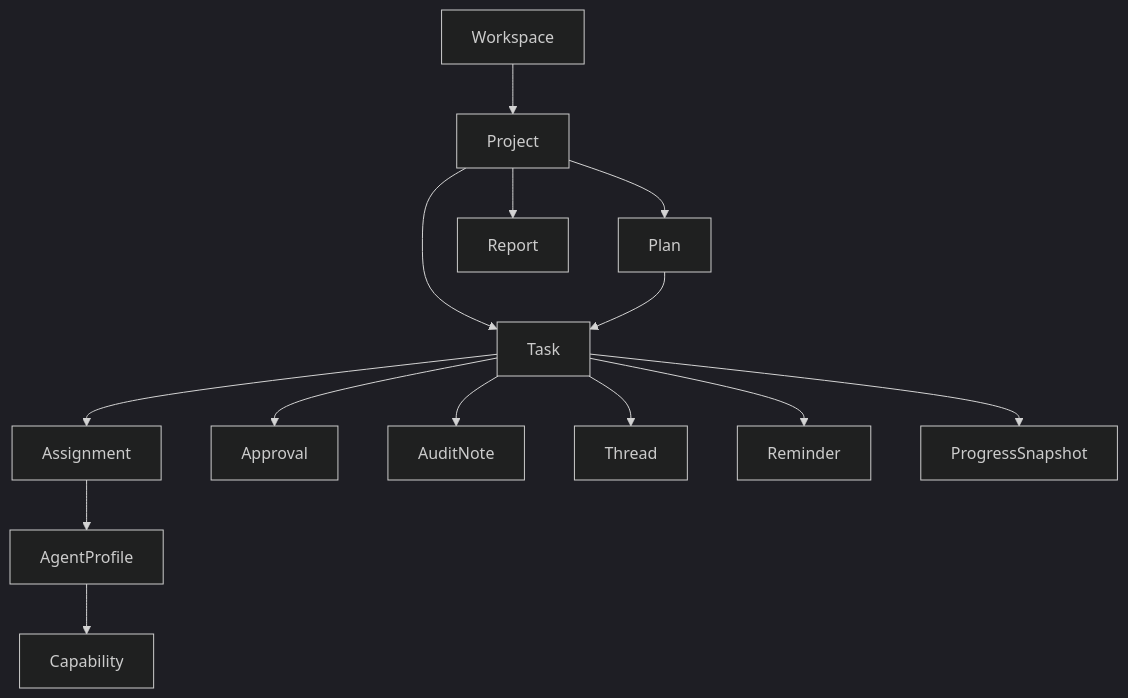
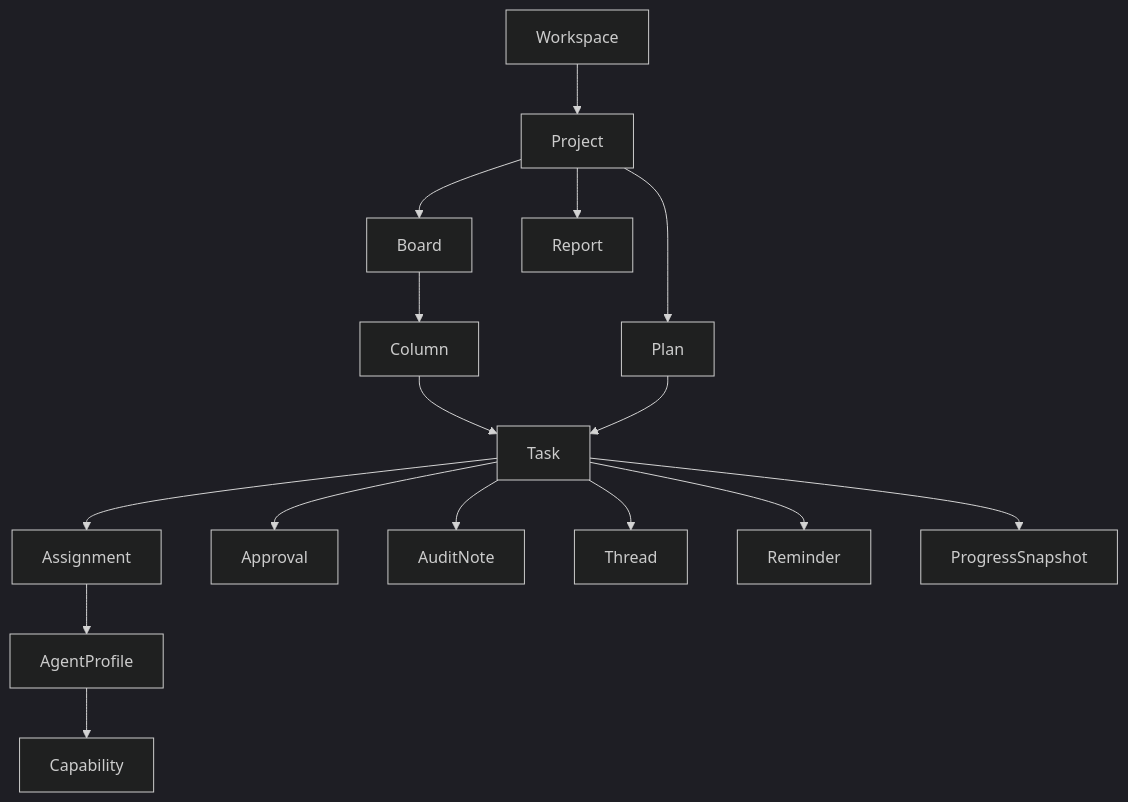
The diagram in docs/domain/model.md (amas-nghia/relayhq), drawn with Mermaid (dark theme) before and after one commit. The commit also changed other lines of this file and 5 other files, not shown here.

Commit message:
docs: reframe RelayHQ around kanban-first flow

````diff
--- a/docs/domain/model.md
+++ b/docs/domain/model.md
@@ -7,19 +7,21 @@
 ```mermaid
 graph TD
   Workspace --> Project
+  Project --> Board
+  Board --> Column
+  Column --> Task
   Project --> Plan
-  Project --> Task
   Plan --> Task
 
   Task --> Assignment
   Task --> Approval
   Task --> AuditNote
   Task --> Thread
   Task --> Reminder
   Task --> ProgressSnapshot
 
   Project --> Report
 
   AgentProfile --> Capability
   Assignment --> AgentProfile
 ```
````
